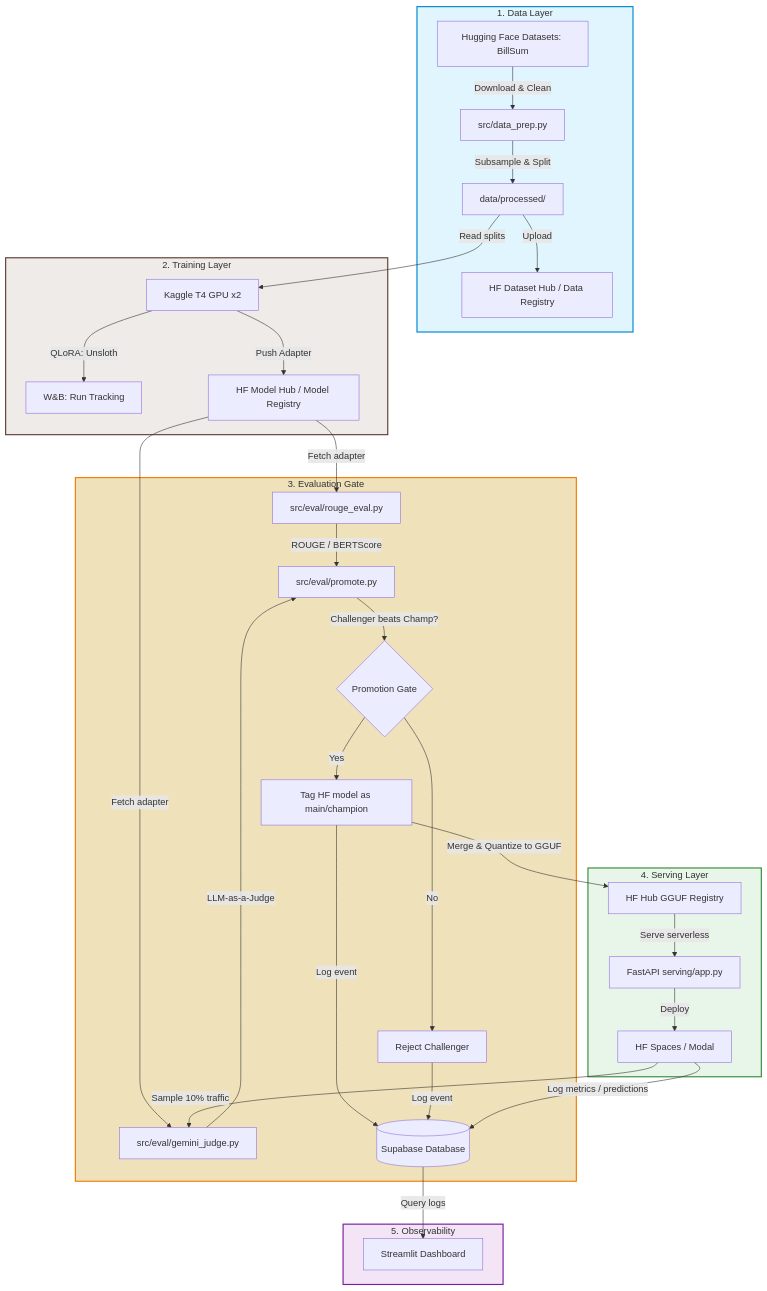
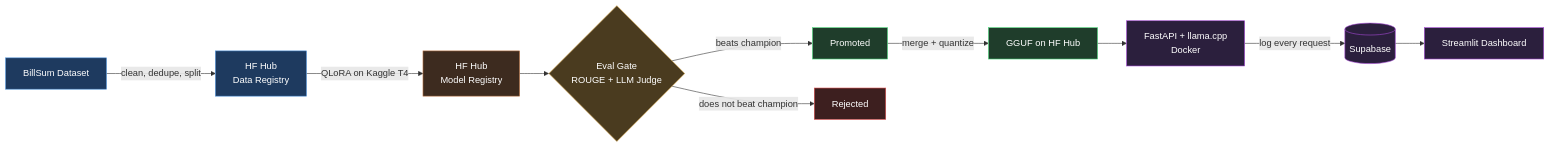
One commit to TRIPTI0911/LexSumm changed the diagram in README.md. Above: the diagram before and after it, drawn with Mermaid. The commit also changed other lines of this file and 6 other files, not shown here.

````diff
--- a/README.md
+++ b/README.md
@@ -11,44 +17,23 @@
 ```mermaid
-flowchart TD
-    subgraph Data [1. Data Layer]
-        A[Hugging Face Datasets: BillSum] -->|Download & Clean| B[src/data_prep.py]
-        B -->|Subsample & Split| C[data/processed/]
-        C -->|Upload| D[HF Dataset Hub / Data Registry]
-    end
+flowchart LR
+    A[BillSum Dataset] -->|clean, dedupe, split| B[HF Hub<br/>Data Registry]
+    B -->|QLoRA on Kaggle T4| C[HF Hub<br/>Model Registry]
+    C --> D{Eval Gate<br/>ROUGE + LLM Judge}
+    D -->|beats champion| E[Promoted]
+    D -->|does not beat champion| F[Rejected]
+    E -->|merge + quantize| G[GGUF on HF Hub]
+    G --> H[FastAPI + llama.cpp<br/>Docker]
+    H -->|log every request| I[(Supabase)]
+    I --> J[Streamlit Dashboard]
 
-    subgraph FineTuning [2. Training Layer]
-        C -->|Read splits| E[Kaggle T4 GPU x2]
-        E -->|QLoRA: Unsloth| F[W&B: Run Tracking]
-        E -->|Push Adapter| G[HF Model Hub / Model Registry]
-    end
-
-    subgraph Evaluation [3. Evaluation Gate]
-        G -->|Fetch adapter| H[src/eval/rouge_eval.py]
-        G -->|Fetch adapter| I[src/eval/gemini_judge.py]
-        H -->|ROUGE / BERTScore| J[src/eval/promote.py]
-        I -->|LLM-as-a-Judge| J
-        J -->|Challenger beats Champ?| K{Promotion Gate}
-        K -->|Yes| L[Tag HF model as main/champion]
-        K -->|No| M[Reject Challenger]
-        L -->|Log event| N[(Supabase Database)]
-        M -->|Log event| N
-    end
-
-    subgraph Serving [4. Serving Layer]
-        L -->|Merge & Quantize to GGUF| O[HF Hub GGUF Registry]
-        O -->|Serve serverless| P[FastAPI serving/app.py]
-        P -->|Deploy| Q[HF Spaces / Modal]
-    end
-
-    subgraph Monitoring [5. Observability]
-        Q -->|Log metrics / predictions| N
-        N -->|Query logs| R[Streamlit Dashboard]
-        Q -->|Sample 10% traffic| I
-    end
-
-    style Data fill:#e1f5fe,stroke:#0288d1,stroke-width:2px;
-    style FineTuning fill:#efebe9,stroke:#5d4037,stroke-width:2px;
-    style Evaluation fill:#efe2ba,stroke:#f57c00,stroke-width:2px;
-    style Serving fill:#e8f5e9,stroke:#388e3c,stroke-width:2px;
-    style Monitoring fill:#f3e5f5,stroke:#7b1fa2,stroke-width:2px;
+    style A fill:#1e3a5f,stroke:#4a90d9,color:#fff
+    style B fill:#1e3a5f,stroke:#4a90d9,color:#fff
+    style C fill:#3d2b1f,stroke:#c17a4a,color:#fff
+    style D fill:#4a3b1f,stroke:#d9a84a,color:#fff
+    style E fill:#1f3d2b,stroke:#4ad97a,color:#fff
+    style F fill:#3d1f1f,stroke:#d94a4a,color:#fff
+    style G fill:#1f3d2b,stroke:#4ad97a,color:#fff
+    style H fill:#2b1f3d,stroke:#a84ad9,color:#fff
+    style I fill:#2b1f3d,stroke:#a84ad9,color:#fff
+    style J fill:#2b1f3d,stroke:#a84ad9,color:#fff
 ```
````
